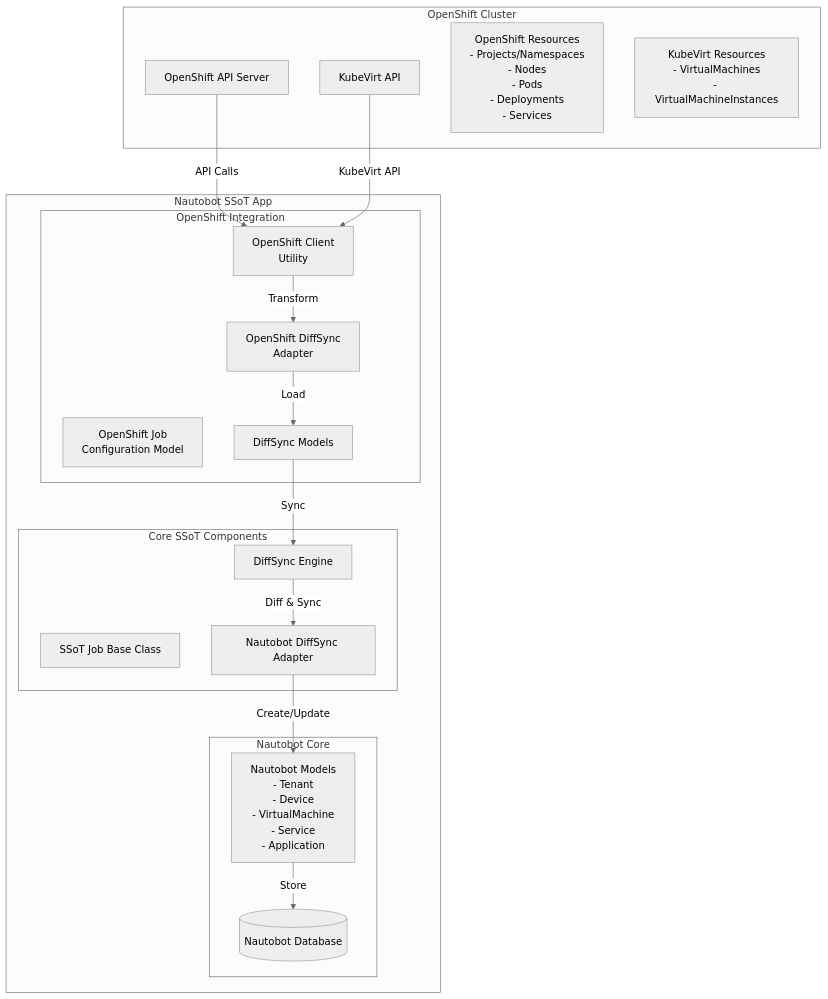
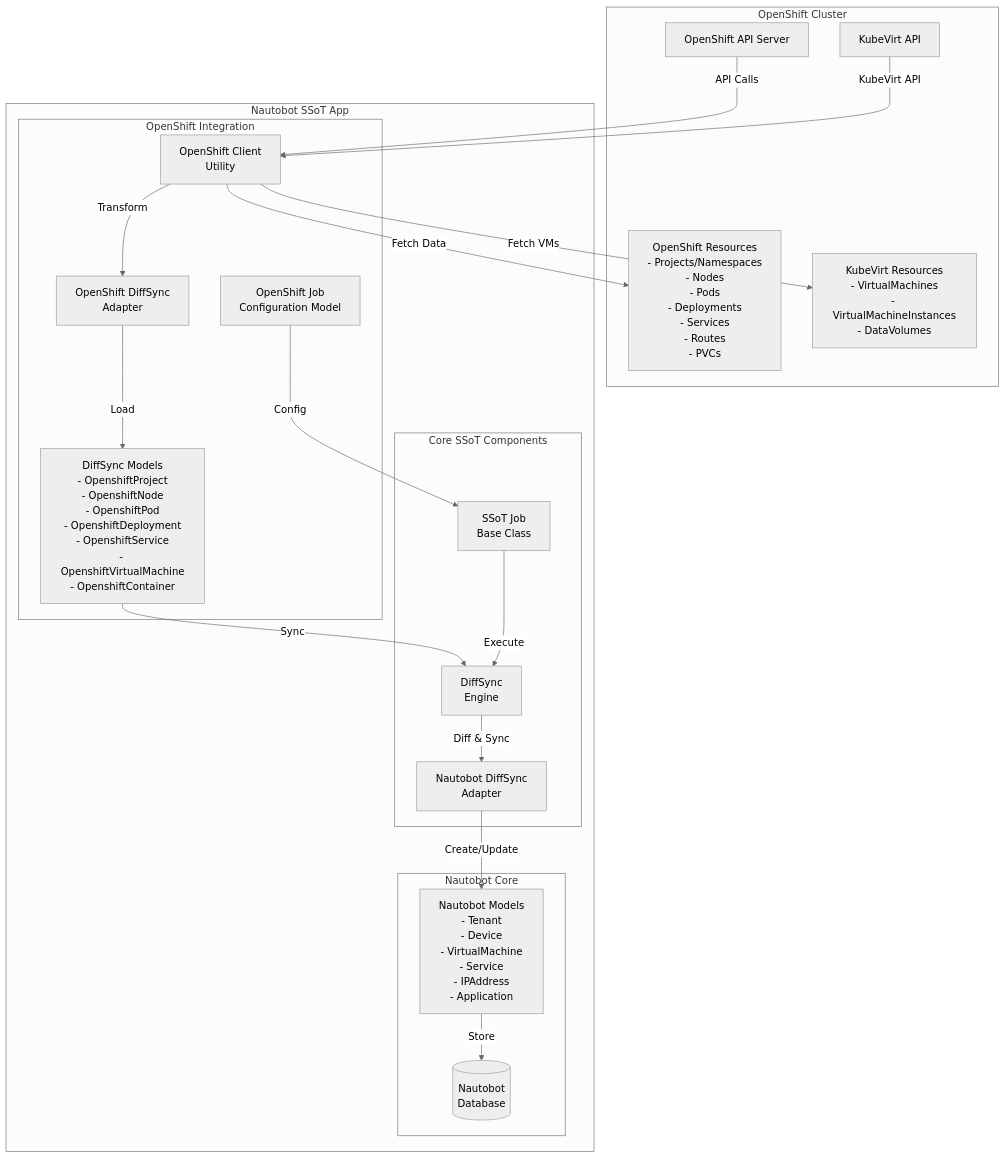
The first of 11 diagrams in nautobot_ssot/integrations/openshift/README.md (nautobot/nautobot-app-ssot), drawn with Mermaid (neutral theme) before and after one commit. The commit also changed other lines of this file, not shown here.

First line of the commit message:
Create comprehensive README with ALL content from openshift.md

````diff
--- a/nautobot_ssot/integrations/openshift/README.md
+++ b/nautobot_ssot/integrations/openshift/README.md
@@ -51,38 +24,42 @@
 ```mermaid
 graph TB
     subgraph "OpenShift Cluster"
         OC[OpenShift API Server]
         KV[KubeVirt API]
-        OCR[OpenShift Resources<br/>- Projects/Namespaces<br/>- Nodes<br/>- Pods<br/>- Deployments<br/>- Services]
-        KVR[KubeVirt Resources<br/>- VirtualMachines<br/>- VirtualMachineInstances]
+        OCR[OpenShift Resources<br/>- Projects/Namespaces<br/>- Nodes<br/>- Pods<br/>- Deployments<br/>- Services<br/>- Routes<br/>- PVCs]
+        KVR[KubeVirt Resources<br/>- VirtualMachines<br/>- VirtualMachineInstances<br/>- DataVolumes]
     end
     
     subgraph "Nautobot SSoT App"
         subgraph "OpenShift Integration"
             OJC[OpenShift Job<br/>Configuration Model]
             OSC[OpenShift Client<br/>Utility]
             ODA[OpenShift DiffSync<br/>Adapter]
-            ODM[DiffSync Models]
+            ODM[DiffSync Models<br/>- OpenshiftProject<br/>- OpenshiftNode<br/>- OpenshiftPod<br/>- OpenshiftDeployment<br/>- OpenshiftService<br/>- OpenshiftVirtualMachine<br/>- OpenshiftContainer]
         end
         
         subgraph "Core SSoT Components"
-            SJ[SSoT Job Base Class]
-            DS[DiffSync Engine]
-            NDA[Nautobot DiffSync Adapter]
+            SJ[SSoT Job<br/>Base Class]
+            DS[DiffSync<br/>Engine]
+            NDA[Nautobot DiffSync<br/>Adapter]
         end
         
         subgraph "Nautobot Core"
-            NM[Nautobot Models<br/>- Tenant<br/>- Device<br/>- VirtualMachine<br/>- Service<br/>- Application]
-            NDB[(Nautobot Database)]
+            NM[Nautobot Models<br/>- Tenant<br/>- Device<br/>- VirtualMachine<br/>- Service<br/>- IPAddress<br/>- Application]
+            NDB[(Nautobot<br/>Database)]
         end
     end
     
     OC -->|API Calls| OSC
     KV -->|KubeVirt API| OSC
+    OSC -->|Fetch Data| OCR
+    OSC -->|Fetch VMs| KVR
     OSC -->|Transform| ODA
     ODA -->|Load| ODM
     ODM -->|Sync| DS
     DS -->|Diff & Sync| NDA
     NDA -->|Create/Update| NM
     NM -->|Store| NDB
+    OJC -->|Config| SJ
+    SJ -->|Execute| DS
 ```
````
